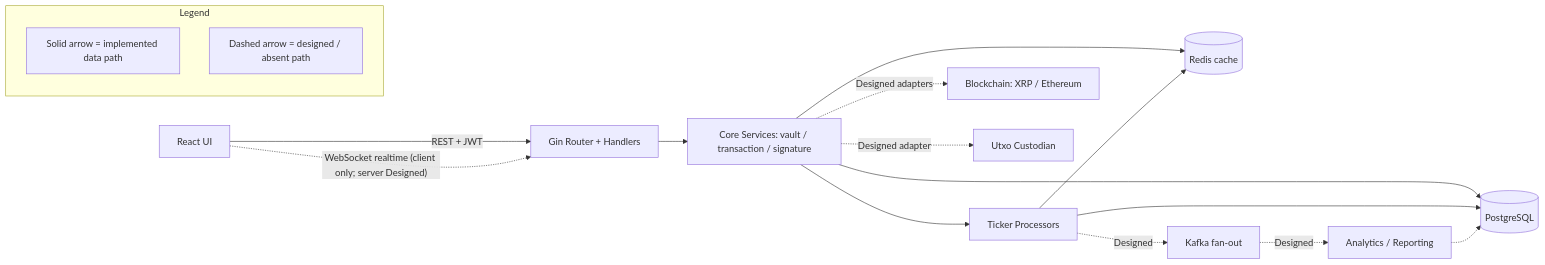
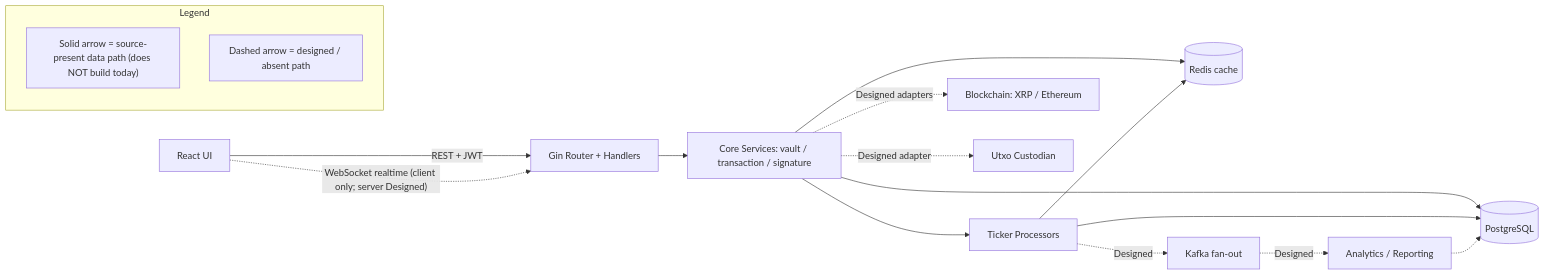
One commit to blitzy-public-samples/blockchain-integration-6edhrq changed the fourth of 4 diagrams in docs/architecture/data-flow.md. Above: the diagram before and after it, drawn with Mermaid. The commit also changed other lines of this file and 27 other files, not shown here.

````diff
--- a/docs/architecture/data-flow.md
+++ b/docs/architecture/data-flow.md
@@ -154,20 +155,20 @@
 ```mermaid
 flowchart LR
     subgraph Legend_DF1["Legend"]
-        LG1["Solid arrow = implemented data path"]
+        LG1["Solid arrow = source-present data path (does NOT build today)"]
         LG2["Dashed arrow = designed / absent path"]
     end
     UI["React UI"] -->|"REST + JWT"| API["Gin Router + Handlers"]
     UI -.->|"WebSocket realtime (client only; server Designed)"| API
     API --> Core["Core Services: vault / transaction / signature"]
     Core --> PG[("PostgreSQL")]
     Core --> RD[("Redis cache")]
     Core --> Tasks["Ticker Processors"]
     Tasks --> PG
     Tasks --> RD
     Tasks -.->|"Designed"| Kafka["Kafka fan-out"]
     Kafka -.->|"Designed"| Analytics["Analytics / Reporting"]
     Analytics -.-> PG
     Core -.->|"Designed adapters"| Chain["Blockchain: XRP / Ethereum"]
     Core -.->|"Designed adapter"| Cust["Utxo Custodian"]
 ```
````
